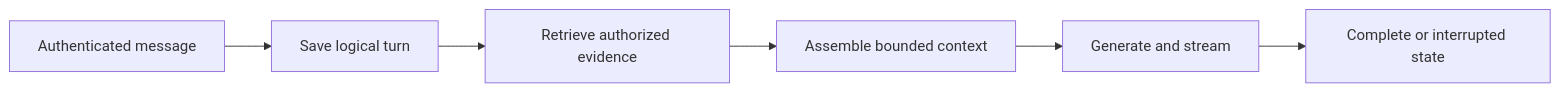
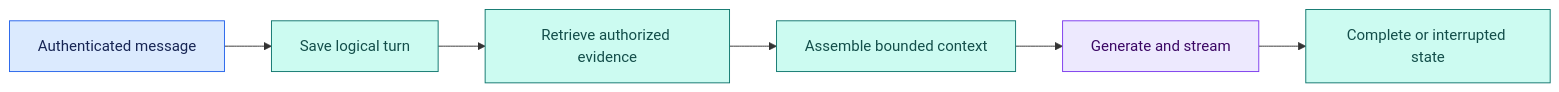
One commit to Shaktiprasadram22/system-design-26-week-roadmap changed the fifth of 6 diagrams in chapters/06-agents-and-ai-production.md. Above: the diagram before and after it, drawn with Mermaid. The commit also changed other lines of this file and 21 other files, not shown here.

````diff
--- a/chapters/06-agents-and-ai-production.md
+++ b/chapters/06-agents-and-ai-production.md
@@ -336,8 +403,16 @@
 ```mermaid
 flowchart LR
     A[Authenticated message] --> B[Save logical turn]
     B --> C[Retrieve authorized evidence]
     C --> D[Assemble bounded context]
     D --> E[Generate and stream]
     E --> F[Complete or interrupted state]
+
+    classDef input fill:#dbeafe,stroke:#2563eb,color:#172554;
+    classDef service fill:#ede9fe,stroke:#7c3aed,color:#3b0764;
+    classDef data fill:#ccfbf1,stroke:#0f766e,color:#134e4a;
+    classDef edge fill:#ffedd5,stroke:#c2410c,color:#431407;
+    class A input;
+    class B,C,D,F data;
+    class E service;
 ```
````
